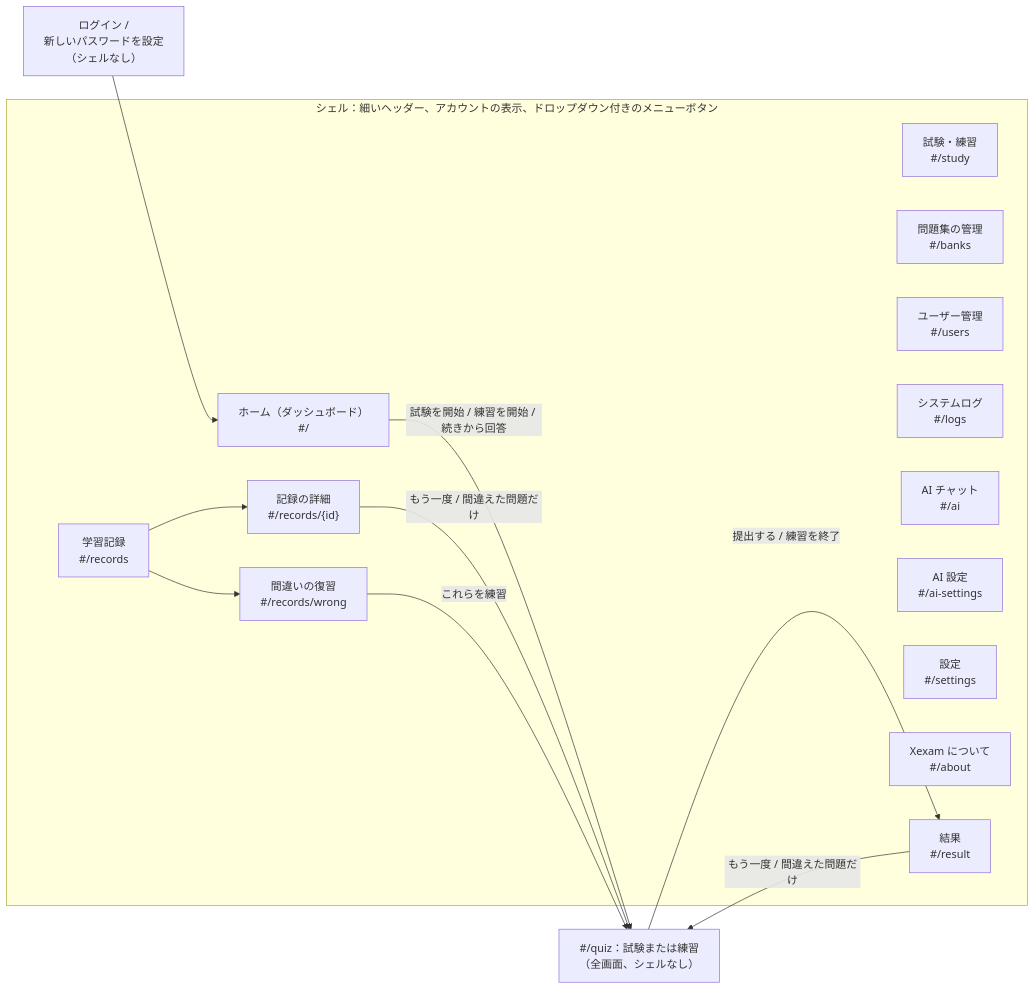
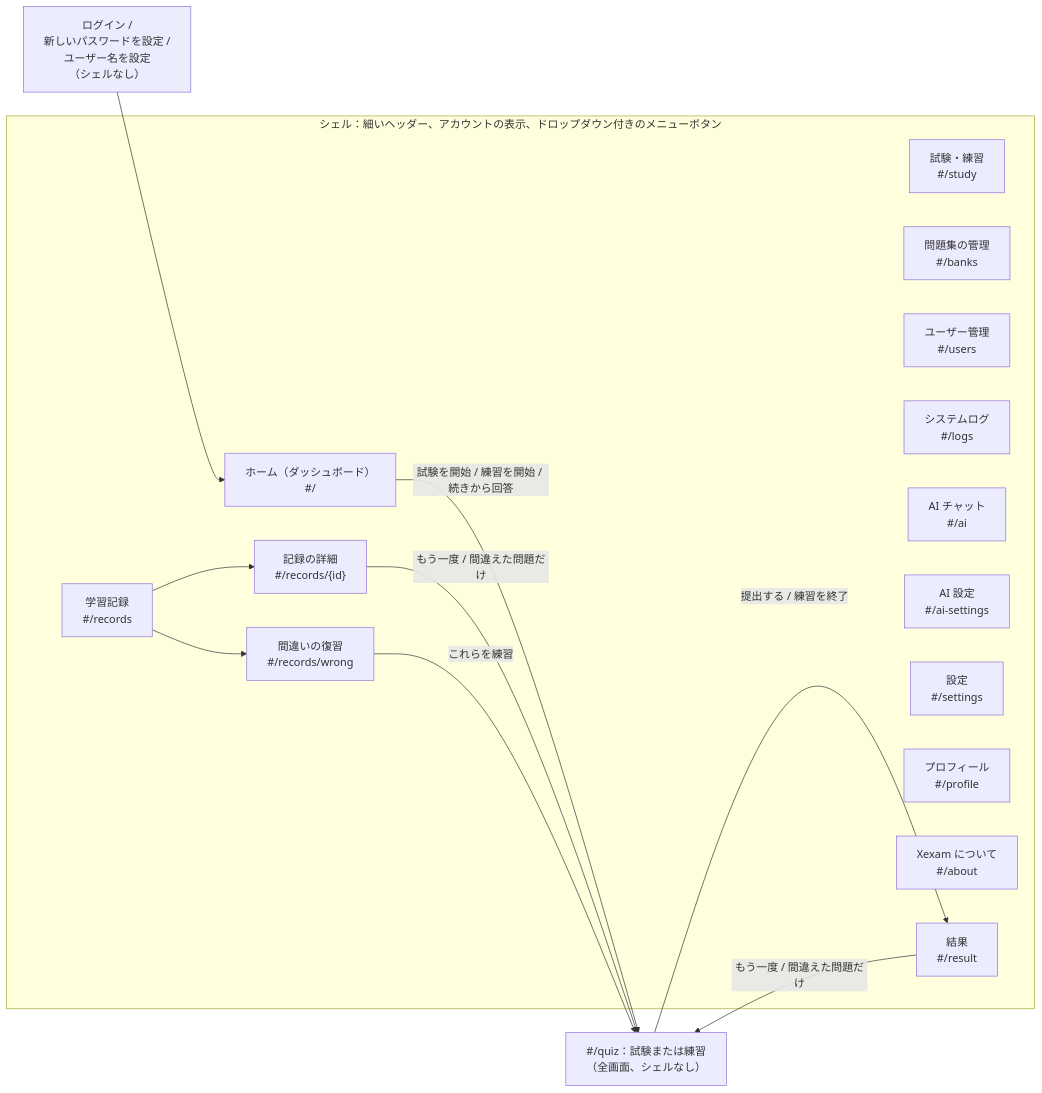
The fifth of 8 diagrams in docs/ja/architecture.md (Yumin-Space/xexam), drawn with Mermaid before and after one commit. The commit also changed other lines of this file and 330 other files, not shown here.

````diff
--- a/docs/ja/architecture.md
+++ b/docs/ja/architecture.md
@@ -385,27 +386,28 @@
 ```mermaid
 flowchart LR
-    SI["ログイン /<br/>新しいパスワードを設定<br/>（シェルなし）"] --> H
+    SI["ログイン /<br/>新しいパスワードを設定 /<br/>ユーザー名を設定<br/>（シェルなし）"] --> H
     subgraph shell["シェル：細いヘッダー、アカウントの表示、ドロップダウン付きのメニューボタン"]
         H["ホーム（ダッシュボード）<br/>#/"]
         ST["試験・練習<br/>#/study"]
         B["問題集の管理<br/>#/banks"]
         R["学習記録<br/>#/records"]
         US["ユーザー管理<br/>#/users"]
         LG["システムログ<br/>#/logs"]
         AI["AI チャット<br/>#/ai"]
         AIS["AI 設定<br/>#/ai-settings"]
         S["設定<br/>#/settings"]
+        P["プロフィール<br/>#/profile"]
         AB["Xexam について<br/>#/about"]
         D["記録の詳細<br/>#/records/{id}"]
         W["間違いの復習<br/>#/records/wrong"]
         RS["結果<br/>#/result"]
     end
     Q["#/quiz：試験または練習<br/>（全画面、シェルなし）"]
     R --> D
     R --> W
     H -->|"試験を開始 / 練習を開始 / 続きから回答"| Q
     Q -->|"提出する / 練習を終了"| RS
     RS -->|"もう一度 / 間違えた問題だけ"| Q
     D -->|"もう一度 / 間違えた問題だけ"| Q
     W -->|"これらを練習"| Q
 ```
````
